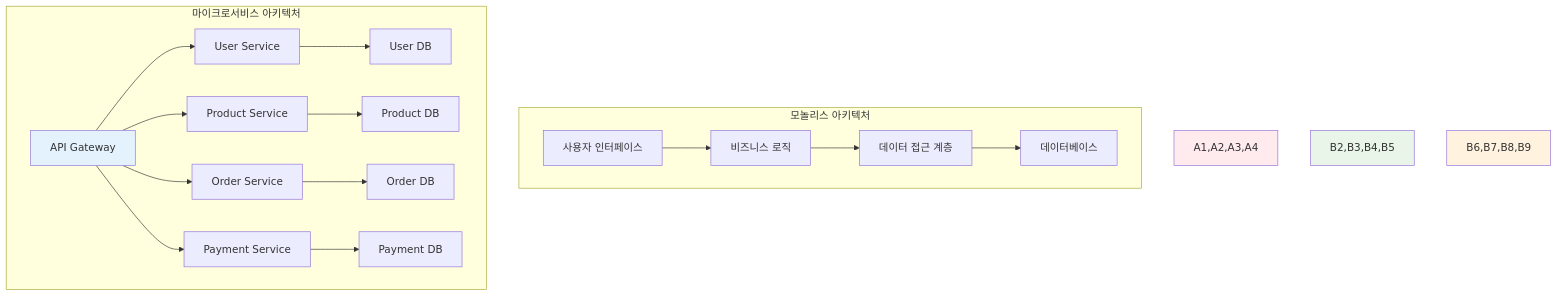
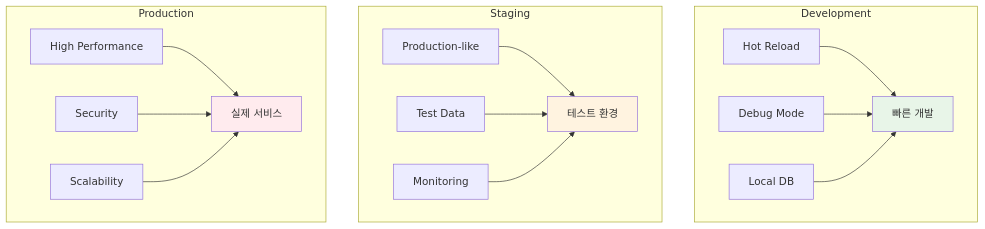
One commit to niceguy61/kdt_devops_lecture_2025 changed the diagram in theory/week_01/day4/session_3.md. Above: the diagram before and after it, drawn with Mermaid. The commit also changed other lines of this file and 26 other files, not shown here.

````diff
--- a/theory/week_01/day4/session_3.md
+++ b/theory/week_01/day4/session_3.md
@@ -41,40 +44,24 @@
 ```mermaid
 graph TB
-    subgraph "모놀리스 아키텍처"
-        A1[사용자 인터페이스]
-        A2[비즈니스 로직]
-        A3[데이터 접근 계층]
-        A4[데이터베이스]
-        
-        A1 --> A2 --> A3 --> A4
+    subgraph "Development"
+        A1[Hot Reload] --> A4[빠른 개발]
+        A2[Debug Mode] --> A4
+        A3[Local DB] --> A4
     end
     
-    subgraph "마이크로서비스 아키텍처"
-        B1[API Gateway]
-        
-        B2[User Service]
-        B3[Product Service]
-        B4[Order Service]
-        B5[Payment Service]
-        
-        B6[User DB]
-        B7[Product DB]
-        B8[Order DB]
-        B9[Payment DB]
-        
-        B1 --> B2
-        B1 --> B3
-        B1 --> B4
-        B1 --> B5
-        
-        B2 --> B6
-        B3 --> B7
-        B4 --> B8
-        B5 --> B9
+    subgraph "Staging"
+        B1[Production-like] --> B4[테스트 환경]
+        B2[Test Data] --> B4
+        B3[Monitoring] --> B4
     end
     
-    style A1,A2,A3,A4 fill:#ffebee
-    style B1 fill:#e3f2fd
-    style B2,B3,B4,B5 fill:#e8f5e8
-    style B6,B7,B8,B9 fill:#fff3e0
+    subgraph "Production"
+        C1[High Performance] --> C4[실제 서비스]
+        C2[Security] --> C4
+        C3[Scalability] --> C4
+    end
+    
+    style A4 fill:#e8f5e8
+    style B4 fill:#fff3e0
+    style C4 fill:#ffebee
 ```
````
